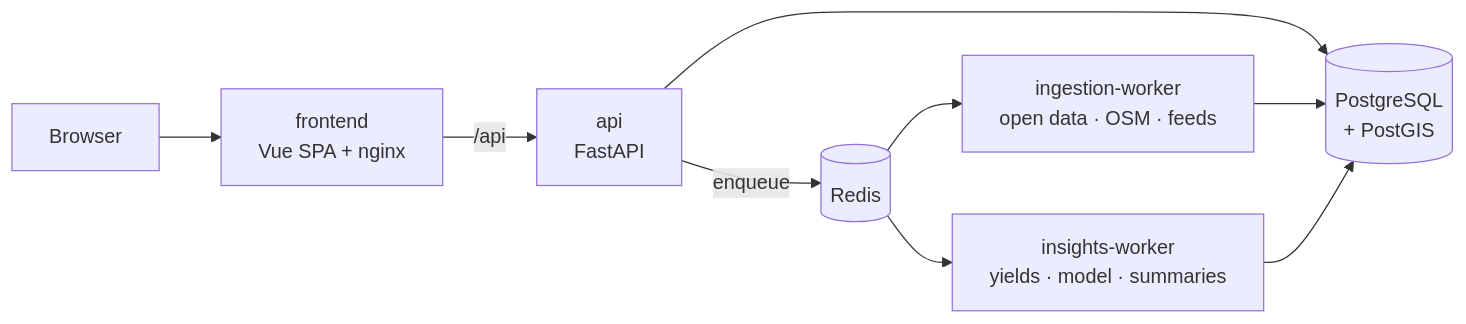
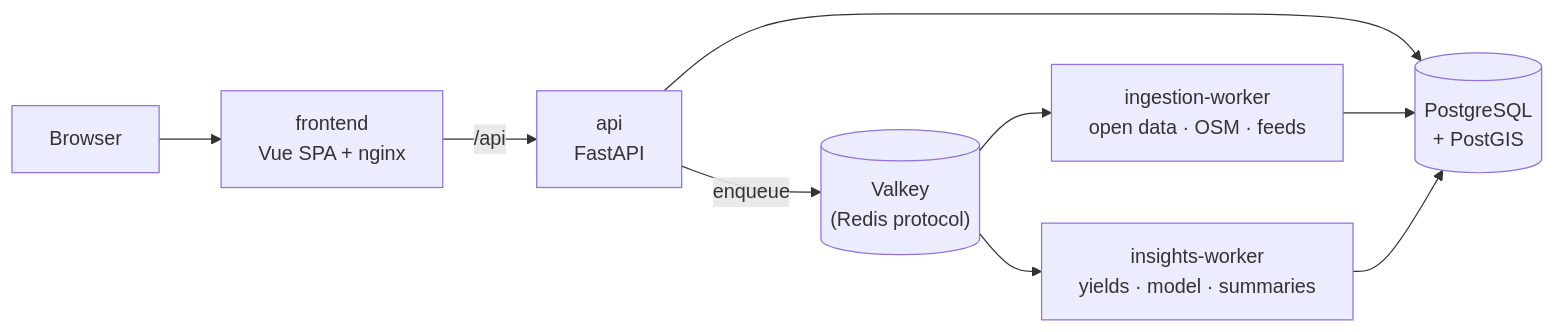
One commit to e-choness/NeighborIQ changed the diagram in README.md. Above: the diagram before and after it, drawn with Mermaid. The commit also changed other lines of this file and 39 other files, not shown here.

````diff
--- a/README.md
+++ b/README.md
@@ -92,11 +92,11 @@
 ```mermaid
 flowchart LR
     Browser --> Web["frontend<br/>Vue SPA + nginx"]
     Web -->|/api| API["api<br/>FastAPI"]
     API --> PG[("PostgreSQL<br/>+ PostGIS")]
-    API -->|enqueue| Redis[("Redis")]
+    API -->|enqueue| Redis[("Valkey<br/>(Redis protocol)")]
     Redis --> IW["ingestion-worker<br/>open data · OSM · feeds"]
     Redis --> AW["insights-worker<br/>yields · model · summaries"]
     IW --> PG
     AW --> PG
 ```
````
